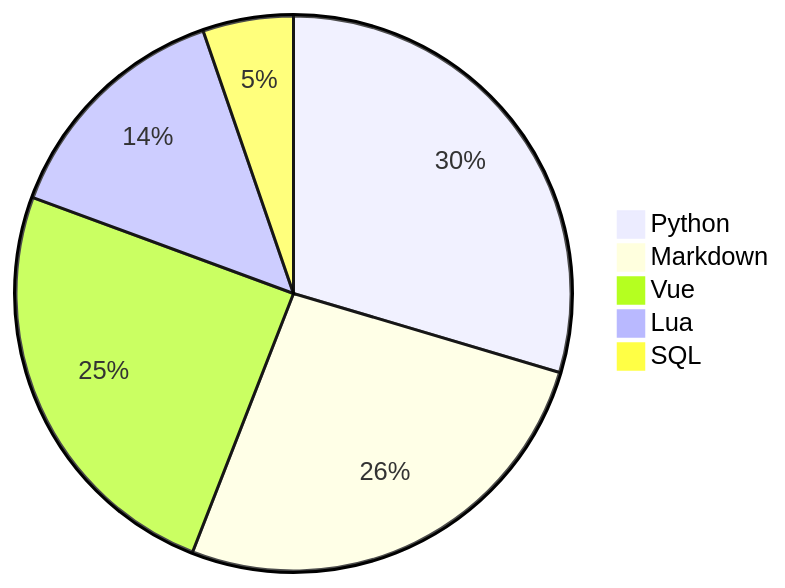
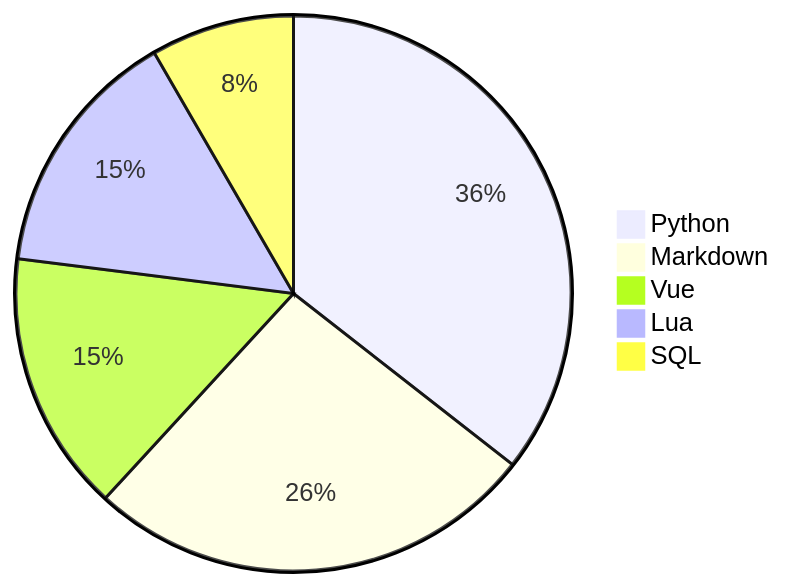
The diagram in README.md (Alicia111/alicia111), drawn with Mermaid before and after one commit.

Commit message:
Update WakaTime stats (・ω・)b

````diff
--- a/README.md
+++ b/README.md
@@ -32,8 +32,8 @@
 ```mermaid
 pie
-    "Python" : 27.38
-    "Markdown" : 24.36
-    "Vue" : 22.84
-    "Lua" : 13.06
-    "SQL" : 4.88
+    "Python" : 33.18
+    "Markdown" : 24.52
+    "Vue" : 14.16
+    "Lua" : 13.67
+    "SQL" : 7.79
 ```
````
